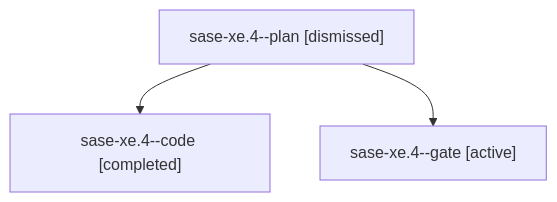
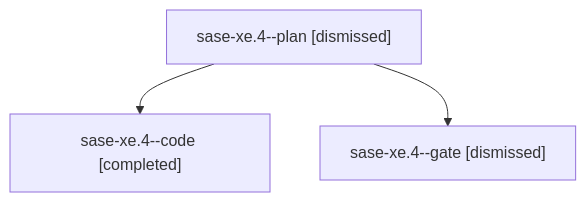
Before and after one commit to sase-org/sase--agents: the diagram in sessions/bbugyi200.athena.sase-xe.4.md, drawn with Mermaid. The commit also changed other lines of this file and 323 other files, not shown here.

````diff
--- a/sessions/bbugyi200.athena.sase-xe.4.md
+++ b/sessions/bbugyi200.athena.sase-xe.4.md
@@ -9,8 +9,8 @@
 ```mermaid
 flowchart TD
   n0["sase-xe.4--plan [dismissed]"]
   n1["sase-xe.4--code [completed]"]
   n0 --> n1
-  n2["sase-xe.4--gate [active]"]
+  n2["sase-xe.4--gate [dismissed]"]
   n0 --> n2
 ```
````
